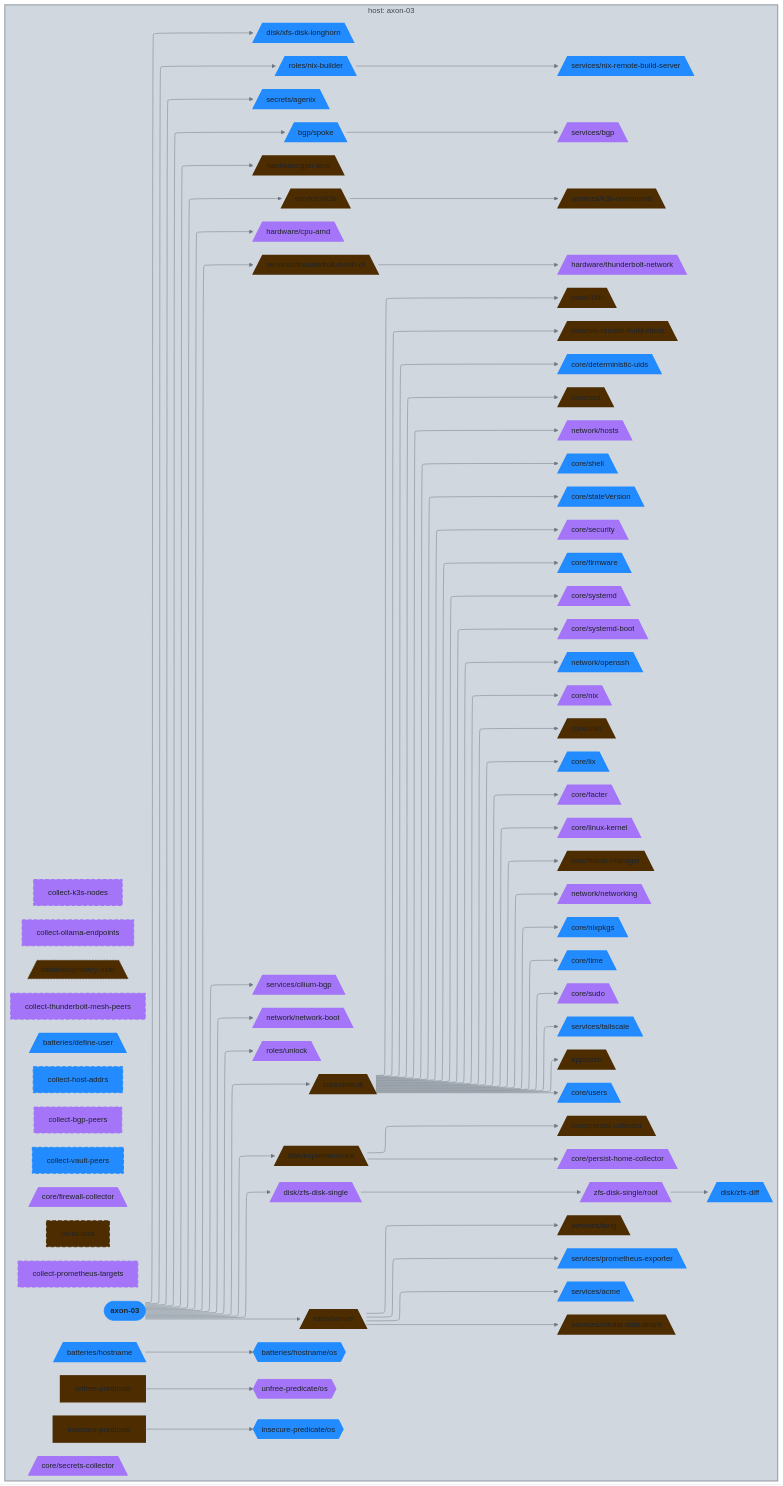
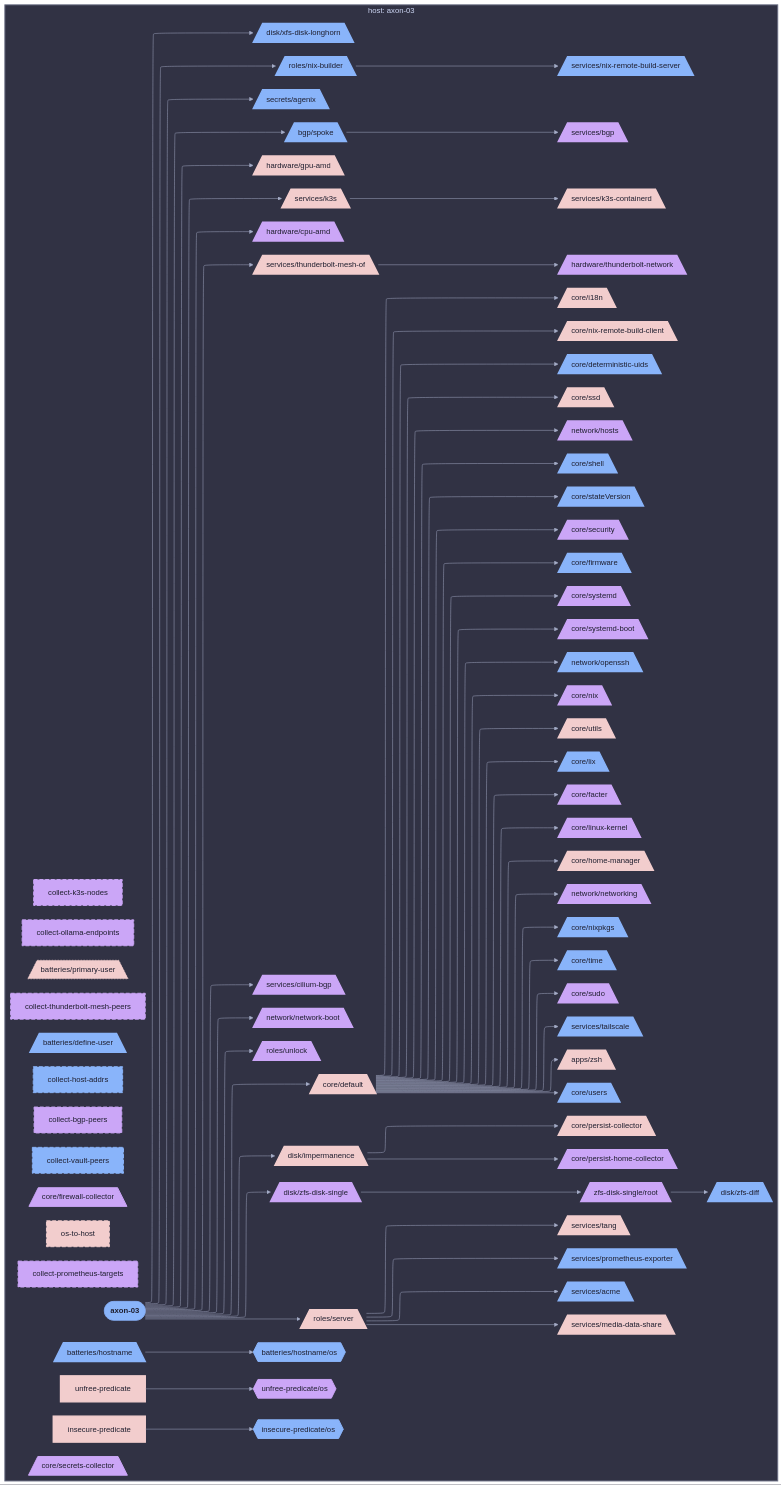
The diagram in diagrams/hosts/axon-03/aspects.md (sini/nix-config), drawn with Mermaid before and after one commit. The commit also changed 142 other files, not shown here.

First line of the commit message:
feat(diagrams): use projectScope for per-host/user views

````diff
--- a/diagrams/hosts/axon-03/aspects.md
+++ b/diagrams/hosts/axon-03/aspects.md
@@ -5,5 +5,5 @@
 ```mermaid
-%%{init: {"elk":{"mergeEdges":true,"nodePlacementStrategy":"BRANDES_KOEPF"},"flowchart":{"wrappingWidth":600},"layout":"elk","theme":"base","themeVariables":{"activationBkgColor":"#d0d7de","activationBorderColor":"#8c959f","actorBkg":"#d0d7de","actorBorder":"#6e7781","actorLineColor":"#6e7781","actorTextColor":"#424a53","background":"#eaeef2","classText":"#424a53","clusterBkg":"#d0d7de","clusterBorder":"#8c959f","edgeLabelBackground":"#eaeef2","labelBoxBkgColor":"#d0d7de","labelBoxBorderColor":"#6e7781","labelTextColor":"#424a53","lineColor":"#6e7781","loopTextColor":"#424a53","mainBkg":"#d0d7de","nodeBkg":"#d0d7de","nodeBorder":"#6e7781","nodeTextColor":"#424a53","noteBkgColor":"#d0d7de","noteBorderColor":"#8c959f","noteTextColor":"#424a53","pie1":"#fa4549","pie2":"#e16f24","pie3":"#bf8700","pie4":"#2da44e","pie5":"#339D9B","pie6":"#218bff","pie7":"#a475f9","pie8":"#4d2d00","pieLegendTextColor":"#424a53","pieOuterStrokeColor":"#8c959f","pieSectionTextColor":"#424a53","pieStrokeColor":"#8c959f","pieTitleTextColor":"#424a53","primaryBorderColor":"#6e7781","primaryColor":"#d0d7de","primaryTextColor":"#424a53","secondBkg":"#d0d7de","secondaryBorderColor":"#8c959f","secondaryColor":"#d0d7de","secondaryTextColor":"#424a53","sequenceNumberColor":"#eaeef2","signalColor":"#6e7781","signalTextColor":"#424a53","tertiaryBorderColor":"#8c959f","tertiaryColor":"#d0d7de","tertiaryTextColor":"#424a53","textColor":"#424a53","titleColor":"#424a53"}}}%%
+%%{init: {"elk":{"mergeEdges":true,"nodePlacementStrategy":"BRANDES_KOEPF"},"flowchart":{"wrappingWidth":600},"layout":"elk","theme":"base","themeVariables":{"activationBkgColor":"#313244","activationBorderColor":"#6c7086","actorBkg":"#313244","actorBorder":"#a6adc8","actorLineColor":"#a6adc8","actorTextColor":"#cdd6f4","background":"#1e1e2e","classText":"#cdd6f4","clusterBkg":"#313244","clusterBorder":"#6c7086","edgeLabelBackground":"#1e1e2e","labelBoxBkgColor":"#313244","labelBoxBorderColor":"#a6adc8","labelTextColor":"#cdd6f4","lineColor":"#a6adc8","loopTextColor":"#cdd6f4","mainBkg":"#313244","nodeBkg":"#313244","nodeBorder":"#a6adc8","nodeTextColor":"#cdd6f4","noteBkgColor":"#313244","noteBorderColor":"#6c7086","noteTextColor":"#cdd6f4","pie1":"#f38ba8","pie2":"#fab387","pie3":"#f9e2af","pie4":"#a6e3a1","pie5":"#94e2d5","pie6":"#89b4fa","pie7":"#cba6f7","pie8":"#f2cdcd","pieLegendTextColor":"#cdd6f4","pieOuterStrokeColor":"#6c7086","pieSectionTextColor":"#cdd6f4","pieStrokeColor":"#6c7086","pieTitleTextColor":"#cdd6f4","primaryBorderColor":"#a6adc8","primaryColor":"#313244","primaryTextColor":"#cdd6f4","secondBkg":"#313244","secondaryBorderColor":"#6c7086","secondaryColor":"#313244","secondaryTextColor":"#cdd6f4","sequenceNumberColor":"#1e1e2e","signalColor":"#a6adc8","signalTextColor":"#cdd6f4","tertiaryBorderColor":"#6c7086","tertiaryColor":"#313244","tertiaryTextColor":"#cdd6f4","textColor":"#cdd6f4","titleColor":"#cdd6f4"}}}%%
 graph LR
   axon_03([axon-03]):::root
 
@@ -136,85 +136,85 @@
   end
 
 
-  classDef root fill:#218bff,stroke:#218bff,color:#1f2328,font-weight:bold
-  classDef services__acme_c fill:#218bff,stroke:#218bff,color:#1f2328,stroke-width:3px
-  classDef secrets__agenix_c fill:#218bff,stroke:#218bff,color:#1f2328,stroke-width:3px
-  classDef apps_c fill:#2da44e,stroke:#2da44e,color:#1f2328,stroke-dasharray: 3 3,stroke-width:1px
-  classDef axon_03_c fill:#4d2d00,stroke:#4d2d00,color:#1f2328,stroke-width:3px
-  classDef services__bgp_c fill:#a475f9,stroke:#a475f9,color:#1f2328,stroke-width:3px
-  classDef services__cilium_bgp_c fill:#a475f9,stroke:#a475f9,color:#1f2328,stroke-width:3px
-  classDef collect_bgp_peers_c fill:#a475f9,stroke:#a475f9,color:#1f2328,stroke-width:2px,stroke-dasharray: 8 4
-  classDef collect_host_addrs_c fill:#218bff,stroke:#218bff,color:#1f2328,stroke-width:2px,stroke-dasharray: 8 4
-  classDef collect_k3s_nodes_c fill:#a475f9,stroke:#a475f9,color:#1f2328,stroke-width:2px,stroke-dasharray: 8 4
-  classDef collect_ollama_endpoints_c fill:#a475f9,stroke:#a475f9,color:#1f2328,stroke-width:2px,stroke-dasharray: 8 4
-  classDef collect_prometheus_targets_c fill:#a475f9,stroke:#a475f9,color:#1f2328,stroke-width:2px,stroke-dasharray: 8 4
-  classDef collect_thunderbolt_mesh_peers_c fill:#a475f9,stroke:#a475f9,color:#1f2328,stroke-width:2px,stroke-dasharray: 8 4
-  classDef collect_vault_peers_c fill:#218bff,stroke:#218bff,color:#1f2328,stroke-width:2px,stroke-dasharray: 8 4
-  classDef core_c fill:#bf8700,stroke:#bf8700,color:#1f2328,stroke-dasharray: 3 3,stroke-width:1px
-  classDef hardware__cpu_amd_c fill:#a475f9,stroke:#a475f9,color:#1f2328,stroke-width:3px
-  classDef core__default_c fill:#4d2d00,stroke:#4d2d00,color:#1f2328,stroke-width:3px
-  classDef den__batteries__define_user_c fill:#218bff,stroke:#218bff,color:#1f2328,stroke-width:3px
-  classDef core__deterministic_uids_c fill:#218bff,stroke:#218bff,color:#1f2328,stroke-width:3px
-  classDef disk_c fill:#2da44e,stroke:#2da44e,color:#1f2328,stroke-dasharray: 3 3,stroke-width:1px
-  classDef core__facter_c fill:#a475f9,stroke:#a475f9,color:#1f2328,stroke-width:3px
-  classDef core__firewall_collector_c fill:#a475f9,stroke:#a475f9,color:#1f2328,stroke-width:2px
-  classDef core__firmware_c fill:#218bff,stroke:#218bff,color:#1f2328,stroke-width:3px
-  classDef hardware__gpu_amd_c fill:#4d2d00,stroke:#4d2d00,color:#1f2328,stroke-width:3px
-  classDef hardware_c fill:#2da44e,stroke:#2da44e,color:#1f2328,stroke-dasharray: 3 3,stroke-width:1px
-  classDef core__home_manager_c fill:#4d2d00,stroke:#4d2d00,color:#1f2328,stroke-width:3px
-  classDef den__batteries__hostname_c fill:#218bff,stroke:#218bff,color:#1f2328,stroke-width:3px
-  classDef den__batteries__hostname__os_c fill:#218bff,stroke:#218bff,color:#1f2328,stroke-width:2px
-  classDef network__hosts_c fill:#a475f9,stroke:#a475f9,color:#1f2328,stroke-width:3px
-  classDef core__i18n_c fill:#4d2d00,stroke:#4d2d00,color:#1f2328,stroke-width:3px
-  classDef disk__impermanence_c fill:#4d2d00,stroke:#4d2d00,color:#1f2328,stroke-width:3px
-  classDef insecure_predicate_c fill:#4d2d00,stroke:#4d2d00,color:#1f2328,stroke-width:3px
-  classDef insecure_predicate__os_c fill:#218bff,stroke:#218bff,color:#1f2328,stroke-width:2px
-  classDef services__k3s_c fill:#4d2d00,stroke:#4d2d00,color:#1f2328,stroke-width:3px
-  classDef services__k3s_containerd_c fill:#4d2d00,stroke:#4d2d00,color:#1f2328,stroke-width:3px
-  classDef core__linux_kernel_c fill:#a475f9,stroke:#a475f9,color:#1f2328,stroke-width:3px
-  classDef core__lix_c fill:#218bff,stroke:#218bff,color:#1f2328,stroke-width:3px
-  classDef services__media_data_share_c fill:#4d2d00,stroke:#4d2d00,color:#1f2328,stroke-width:3px
-  classDef network_c fill:#e16f24,stroke:#e16f24,color:#1f2328,stroke-dasharray: 3 3,stroke-width:1px
-  classDef network__network_boot_c fill:#a475f9,stroke:#a475f9,color:#1f2328,stroke-width:3px
-  classDef network__networking_c fill:#a475f9,stroke:#a475f9,color:#1f2328,stroke-width:3px
-  classDef core__nix_c fill:#a475f9,stroke:#a475f9,color:#1f2328,stroke-width:3px
-  classDef roles__nix_builder_c fill:#218bff,stroke:#218bff,color:#1f2328,stroke-width:3px
-  classDef core__nix_remote_build_client_c fill:#4d2d00,stroke:#4d2d00,color:#1f2328,stroke-width:3px
-  classDef services__nix_remote_build_server_c fill:#218bff,stroke:#218bff,color:#1f2328,stroke-width:3px
-  classDef core__nixpkgs_c fill:#218bff,stroke:#218bff,color:#1f2328,stroke-width:3px
-  classDef network__openssh_c fill:#218bff,stroke:#218bff,color:#1f2328,stroke-width:3px
-  classDef os_to_host_c fill:#4d2d00,stroke:#4d2d00,color:#1f2328,stroke-width:2px,stroke-dasharray: 8 4
-  classDef core__persist_collector_c fill:#4d2d00,stroke:#4d2d00,color:#1f2328,stroke-width:3px
-  classDef core__persist_home_collector_c fill:#a475f9,stroke:#a475f9,color:#1f2328,stroke-width:3px
-  classDef den__batteries__primary_user_c fill:#4d2d00,stroke:#4d2d00,color:#1f2328,stroke-dasharray: 3 3,stroke-width:1px
-  classDef services__prometheus_exporter_c fill:#218bff,stroke:#218bff,color:#1f2328,stroke-width:3px
-  classDef roles_c fill:#2da44e,stroke:#2da44e,color:#1f2328,stroke-dasharray: 3 3,stroke-width:1px
-  classDef disk__zfs_disk_single__root_c fill:#a475f9,stroke:#a475f9,color:#1f2328,stroke-width:3px
-  classDef secrets_c fill:#bf8700,stroke:#bf8700,color:#1f2328,stroke-dasharray: 3 3,stroke-width:1px
-  classDef core__secrets_collector_c fill:#a475f9,stroke:#a475f9,color:#1f2328,stroke-width:2px
-  classDef core__security_c fill:#a475f9,stroke:#a475f9,color:#1f2328,stroke-width:3px
-  classDef roles__server_c fill:#4d2d00,stroke:#4d2d00,color:#1f2328,stroke-width:3px
-  classDef services_c fill:#2da44e,stroke:#2da44e,color:#1f2328,stroke-dasharray: 3 3,stroke-width:1px
-  classDef core__shell_c fill:#218bff,stroke:#218bff,color:#1f2328,stroke-width:3px
-  classDef services__bgp__spoke_c fill:#218bff,stroke:#218bff,color:#1f2328,stroke-width:3px
-  classDef core__ssd_c fill:#4d2d00,stroke:#4d2d00,color:#1f2328,stroke-width:3px
-  classDef core__stateVersion_c fill:#218bff,stroke:#218bff,color:#1f2328,stroke-width:3px
-  classDef core__sudo_c fill:#a475f9,stroke:#a475f9,color:#1f2328,stroke-width:3px
-  classDef core__systemd_c fill:#a475f9,stroke:#a475f9,color:#1f2328,stroke-width:3px
-  classDef core__systemd_boot_c fill:#a475f9,stroke:#a475f9,color:#1f2328,stroke-width:3px
-  classDef services__tailscale_c fill:#218bff,stroke:#218bff,color:#1f2328,stroke-width:3px
-  classDef services__tang_c fill:#4d2d00,stroke:#4d2d00,color:#1f2328,stroke-width:3px
-  classDef services__thunderbolt_mesh_of_c fill:#4d2d00,stroke:#4d2d00,color:#1f2328,stroke-width:3px
-  classDef hardware__thunderbolt_network_c fill:#a475f9,stroke:#a475f9,color:#1f2328,stroke-width:3px
-  classDef core__time_c fill:#218bff,stroke:#218bff,color:#1f2328,stroke-width:3px
-  classDef unfree_predicate_c fill:#4d2d00,stroke:#4d2d00,color:#1f2328,stroke-width:3px
-  classDef unfree_predicate__os_c fill:#a475f9,stroke:#a475f9,color:#1f2328,stroke-width:2px
-  classDef roles__unlock_c fill:#a475f9,stroke:#a475f9,color:#1f2328,stroke-width:3px
-  classDef core__users_c fill:#218bff,stroke:#218bff,color:#1f2328,stroke-width:3px
-  classDef core__utils_c fill:#4d2d00,stroke:#4d2d00,color:#1f2328,stroke-width:3px
-  classDef disk__xfs_disk_longhorn_c fill:#218bff,stroke:#218bff,color:#1f2328,stroke-width:3px
-  classDef disk__zfs_diff_c fill:#218bff,stroke:#218bff,color:#1f2328,stroke-width:3px
-  classDef disk__zfs_disk_single_c fill:#a475f9,stroke:#a475f9,color:#1f2328,stroke-width:3px
-  classDef apps__zsh_c fill:#4d2d00,stroke:#4d2d00,color:#1f2328,stroke-width:3px
-style ctx_host_axon_03 fill:#d0d7de,stroke:#8c959f,stroke-width:2px
+  classDef root fill:#89b4fa,stroke:#89b4fa,color:#1e1e2e,font-weight:bold
+  classDef services__acme_c fill:#89b4fa,stroke:#89b4fa,color:#1e1e2e,stroke-width:3px
+  classDef secrets__agenix_c fill:#89b4fa,stroke:#89b4fa,color:#1e1e2e,stroke-width:3px
+  classDef apps_c fill:#a6e3a1,stroke:#a6e3a1,color:#1e1e2e,stroke-dasharray: 3 3,stroke-width:1px
+  classDef axon_03_c fill:#f2cdcd,stroke:#f2cdcd,color:#1e1e2e,stroke-width:3px
+  classDef services__bgp_c fill:#cba6f7,stroke:#cba6f7,color:#1e1e2e,stroke-width:3px
+  classDef services__cilium_bgp_c fill:#cba6f7,stroke:#cba6f7,color:#1e1e2e,stroke-width:3px
+  classDef collect_bgp_peers_c fill:#cba6f7,stroke:#cba6f7,color:#1e1e2e,stroke-width:2px,stroke-dasharray: 8 4
+  classDef collect_host_addrs_c fill:#89b4fa,stroke:#89b4fa,color:#1e1e2e,stroke-width:2px,stroke-dasharray: 8 4
+  classDef collect_k3s_nodes_c fill:#cba6f7,stroke:#cba6f7,color:#1e1e2e,stroke-width:2px,stroke-dasharray: 8 4
+  classDef collect_ollama_endpoints_c fill:#cba6f7,stroke:#cba6f7,color:#1e1e2e,stroke-width:2px,stroke-dasharray: 8 4
+  classDef collect_prometheus_targets_c fill:#cba6f7,stroke:#cba6f7,color:#1e1e2e,stroke-width:2px,stroke-dasharray: 8 4
+  classDef collect_thunderbolt_mesh_peers_c fill:#cba6f7,stroke:#cba6f7,color:#1e1e2e,stroke-width:2px,stroke-dasharray: 8 4
+  classDef collect_vault_peers_c fill:#89b4fa,stroke:#89b4fa,color:#1e1e2e,stroke-width:2px,stroke-dasharray: 8 4
+  classDef core_c fill:#f9e2af,stroke:#f9e2af,color:#1e1e2e,stroke-dasharray: 3 3,stroke-width:1px
+  classDef hardware__cpu_amd_c fill:#cba6f7,stroke:#cba6f7,color:#1e1e2e,stroke-width:3px
+  classDef core__default_c fill:#f2cdcd,stroke:#f2cdcd,color:#1e1e2e,stroke-width:3px
+  classDef den__batteries__define_user_c fill:#89b4fa,stroke:#89b4fa,color:#1e1e2e,stroke-width:3px
+  classDef core__deterministic_uids_c fill:#89b4fa,stroke:#89b4fa,color:#1e1e2e,stroke-width:3px
+  classDef disk_c fill:#a6e3a1,stroke:#a6e3a1,color:#1e1e2e,stroke-dasharray: 3 3,stroke-width:1px
+  classDef core__facter_c fill:#cba6f7,stroke:#cba6f7,color:#1e1e2e,stroke-width:3px
+  classDef core__firewall_collector_c fill:#cba6f7,stroke:#cba6f7,color:#1e1e2e,stroke-width:2px
+  classDef core__firmware_c fill:#89b4fa,stroke:#89b4fa,color:#1e1e2e,stroke-width:3px
+  classDef hardware__gpu_amd_c fill:#f2cdcd,stroke:#f2cdcd,color:#1e1e2e,stroke-width:3px
+  classDef hardware_c fill:#a6e3a1,stroke:#a6e3a1,color:#1e1e2e,stroke-dasharray: 3 3,stroke-width:1px
+  classDef core__home_manager_c fill:#f2cdcd,stroke:#f2cdcd,color:#1e1e2e,stroke-width:3px
+  classDef den__batteries__hostname_c fill:#89b4fa,stroke:#89b4fa,color:#1e1e2e,stroke-width:3px
+  classDef den__batteries__hostname__os_c fill:#89b4fa,stroke:#89b4fa,color:#1e1e2e,stroke-width:2px
+  classDef network__hosts_c fill:#cba6f7,stroke:#cba6f7,color:#1e1e2e,stroke-width:3px
+  classDef core__i18n_c fill:#f2cdcd,stroke:#f2cdcd,color:#1e1e2e,stroke-width:3px
+  classDef disk__impermanence_c fill:#f2cdcd,stroke:#f2cdcd,color:#1e1e2e,stroke-width:3px
+  classDef insecure_predicate_c fill:#f2cdcd,stroke:#f2cdcd,color:#1e1e2e,stroke-width:3px
+  classDef insecure_predicate__os_c fill:#89b4fa,stroke:#89b4fa,color:#1e1e2e,stroke-width:2px
+  classDef services__k3s_c fill:#f2cdcd,stroke:#f2cdcd,color:#1e1e2e,stroke-width:3px
+  classDef services__k3s_containerd_c fill:#f2cdcd,stroke:#f2cdcd,color:#1e1e2e,stroke-width:3px
+  classDef core__linux_kernel_c fill:#cba6f7,stroke:#cba6f7,color:#1e1e2e,stroke-width:3px
+  classDef core__lix_c fill:#89b4fa,stroke:#89b4fa,color:#1e1e2e,stroke-width:3px
+  classDef services__media_data_share_c fill:#f2cdcd,stroke:#f2cdcd,color:#1e1e2e,stroke-width:3px
+  classDef network_c fill:#fab387,stroke:#fab387,color:#1e1e2e,stroke-dasharray: 3 3,stroke-width:1px
+  classDef network__network_boot_c fill:#cba6f7,stroke:#cba6f7,color:#1e1e2e,stroke-width:3px
+  classDef network__networking_c fill:#cba6f7,stroke:#cba6f7,color:#1e1e2e,stroke-width:3px
+  classDef core__nix_c fill:#cba6f7,stroke:#cba6f7,color:#1e1e2e,stroke-width:3px
+  classDef roles__nix_builder_c fill:#89b4fa,stroke:#89b4fa,color:#1e1e2e,stroke-width:3px
+  classDef core__nix_remote_build_client_c fill:#f2cdcd,stroke:#f2cdcd,color:#1e1e2e,stroke-width:3px
+  classDef services__nix_remote_build_server_c fill:#89b4fa,stroke:#89b4fa,color:#1e1e2e,stroke-width:3px
+  classDef core__nixpkgs_c fill:#89b4fa,stroke:#89b4fa,color:#1e1e2e,stroke-width:3px
+  classDef network__openssh_c fill:#89b4fa,stroke:#89b4fa,color:#1e1e2e,stroke-width:3px
+  classDef os_to_host_c fill:#f2cdcd,stroke:#f2cdcd,color:#1e1e2e,stroke-width:2px,stroke-dasharray: 8 4
+  classDef core__persist_collector_c fill:#f2cdcd,stroke:#f2cdcd,color:#1e1e2e,stroke-width:3px
+  classDef core__persist_home_collector_c fill:#cba6f7,stroke:#cba6f7,color:#1e1e2e,stroke-width:3px
+  classDef den__batteries__primary_user_c fill:#f2cdcd,stroke:#f2cdcd,color:#1e1e2e,stroke-dasharray: 3 3,stroke-width:1px
+  classDef services__prometheus_exporter_c fill:#89b4fa,stroke:#89b4fa,color:#1e1e2e,stroke-width:3px
+  classDef roles_c fill:#a6e3a1,stroke:#a6e3a1,color:#1e1e2e,stroke-dasharray: 3 3,stroke-width:1px
+  classDef disk__zfs_disk_single__root_c fill:#cba6f7,stroke:#cba6f7,color:#1e1e2e,stroke-width:3px
+  classDef secrets_c fill:#f9e2af,stroke:#f9e2af,color:#1e1e2e,stroke-dasharray: 3 3,stroke-width:1px
+  classDef core__secrets_collector_c fill:#cba6f7,stroke:#cba6f7,color:#1e1e2e,stroke-width:2px
+  classDef core__security_c fill:#cba6f7,stroke:#cba6f7,color:#1e1e2e,stroke-width:3px
+  classDef roles__server_c fill:#f2cdcd,stroke:#f2cdcd,color:#1e1e2e,stroke-width:3px
+  classDef services_c fill:#a6e3a1,stroke:#a6e3a1,color:#1e1e2e,stroke-dasharray: 3 3,stroke-width:1px
+  classDef core__shell_c fill:#89b4fa,stroke:#89b4fa,color:#1e1e2e,stroke-width:3px
+  classDef services__bgp__spoke_c fill:#89b4fa,stroke:#89b4fa,color:#1e1e2e,stroke-width:3px
+  classDef core__ssd_c fill:#f2cdcd,stroke:#f2cdcd,color:#1e1e2e,stroke-width:3px
+  classDef core__stateVersion_c fill:#89b4fa,stroke:#89b4fa,color:#1e1e2e,stroke-width:3px
+  classDef core__sudo_c fill:#cba6f7,stroke:#cba6f7,color:#1e1e2e,stroke-width:3px
+  classDef core__systemd_c fill:#cba6f7,stroke:#cba6f7,color:#1e1e2e,stroke-width:3px
+  classDef core__systemd_boot_c fill:#cba6f7,stroke:#cba6f7,color:#1e1e2e,stroke-width:3px
+  classDef services__tailscale_c fill:#89b4fa,stroke:#89b4fa,color:#1e1e2e,stroke-width:3px
+  classDef services__tang_c fill:#f2cdcd,stroke:#f2cdcd,color:#1e1e2e,stroke-width:3px
+  classDef services__thunderbolt_mesh_of_c fill:#f2cdcd,stroke:#f2cdcd,color:#1e1e2e,stroke-width:3px
+  classDef hardware__thunderbolt_network_c fill:#cba6f7,stroke:#cba6f7,color:#1e1e2e,stroke-width:3px
+  classDef core__time_c fill:#89b4fa,stroke:#89b4fa,color:#1e1e2e,stroke-width:3px
+  classDef unfree_predicate_c fill:#f2cdcd,stroke:#f2cdcd,color:#1e1e2e,stroke-width:3px
+  classDef unfree_predicate__os_c fill:#cba6f7,stroke:#cba6f7,color:#1e1e2e,stroke-width:2px
+  classDef roles__unlock_c fill:#cba6f7,stroke:#cba6f7,color:#1e1e2e,stroke-width:3px
+  classDef core__users_c fill:#89b4fa,stroke:#89b4fa,color:#1e1e2e,stroke-width:3px
+  classDef core__utils_c fill:#f2cdcd,stroke:#f2cdcd,color:#1e1e2e,stroke-width:3px
+  classDef disk__xfs_disk_longhorn_c fill:#89b4fa,stroke:#89b4fa,color:#1e1e2e,stroke-width:3px
+  classDef disk__zfs_diff_c fill:#89b4fa,stroke:#89b4fa,color:#1e1e2e,stroke-width:3px
+  classDef disk__zfs_disk_single_c fill:#cba6f7,stroke:#cba6f7,color:#1e1e2e,stroke-width:3px
+  classDef apps__zsh_c fill:#f2cdcd,stroke:#f2cdcd,color:#1e1e2e,stroke-width:3px
+style ctx_host_axon_03 fill:#313244,stroke:#6c7086,stroke-width:2px
 ```
````
